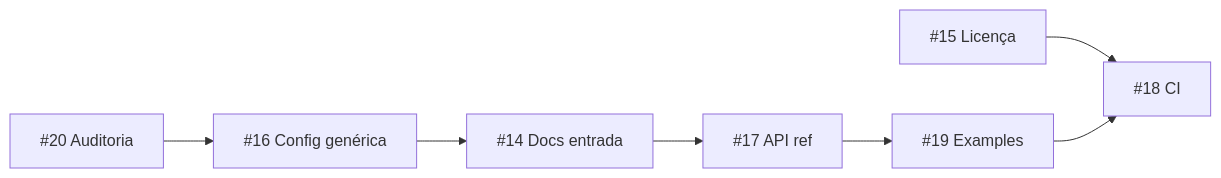
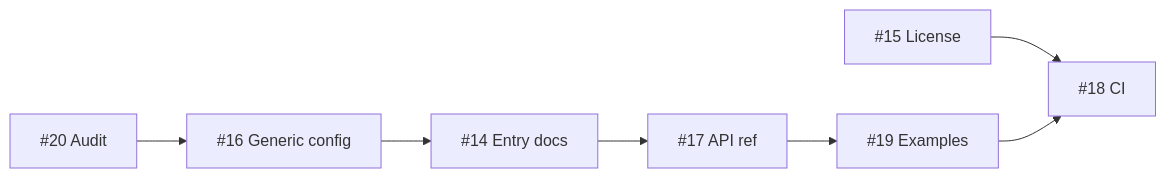
Before and after one commit to HarryRaddatz/argus-observability: the diagram in docs/public-library/roadmap.md, drawn with Mermaid. The commit also changed other lines of this file and 89 other files, not shown here.

````diff
--- a/docs/public-library/roadmap.md
+++ b/docs/public-library/roadmap.md
@@ -7,9 +7,9 @@
 ```mermaid
 flowchart LR
-  T20[#20 Auditoria] --> T16[#16 Config genérica]
-  T16 --> T14[#14 Docs entrada]
+  T20[#20 Audit] --> T16[#16 Generic config]
+  T16 --> T14[#14 Entry docs]
   T14 --> T17[#17 API ref]
   T17 --> T19[#19 Examples]
-  T15[#15 Licença] --> T18[#18 CI]
+  T15[#15 License] --> T18[#18 CI]
   T19 --> T18
 ```
````
